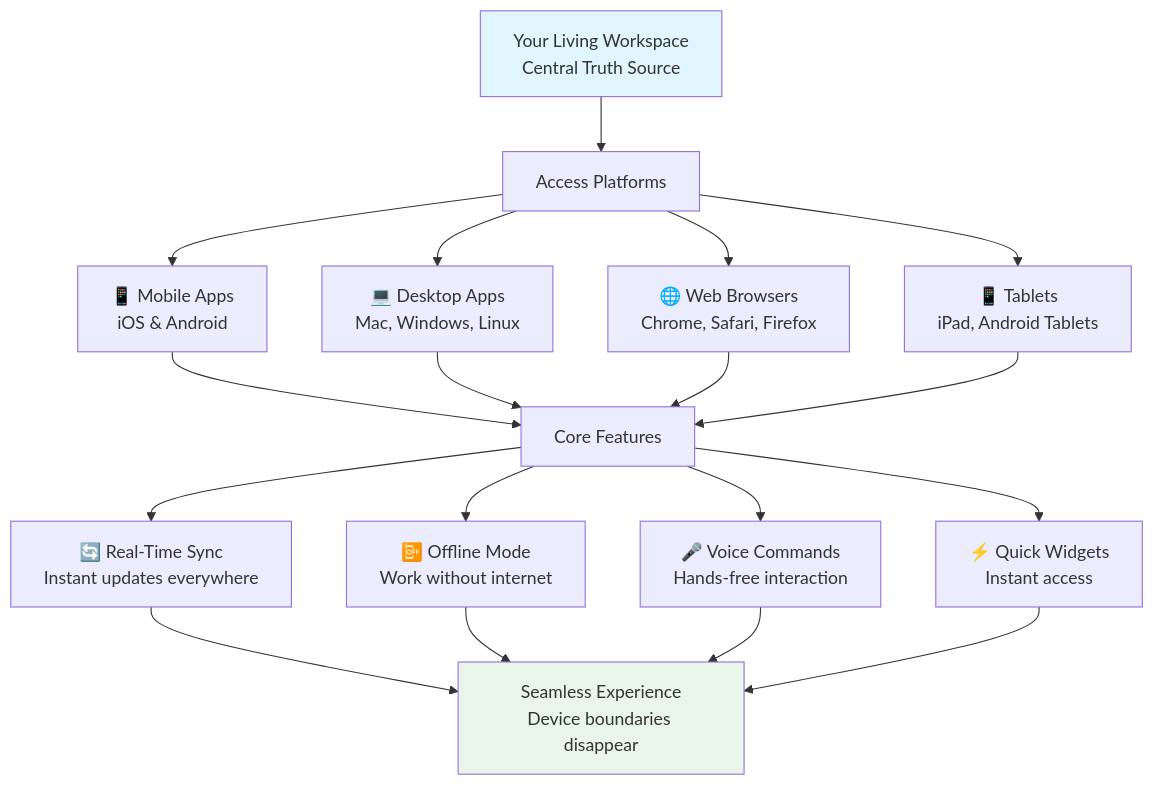
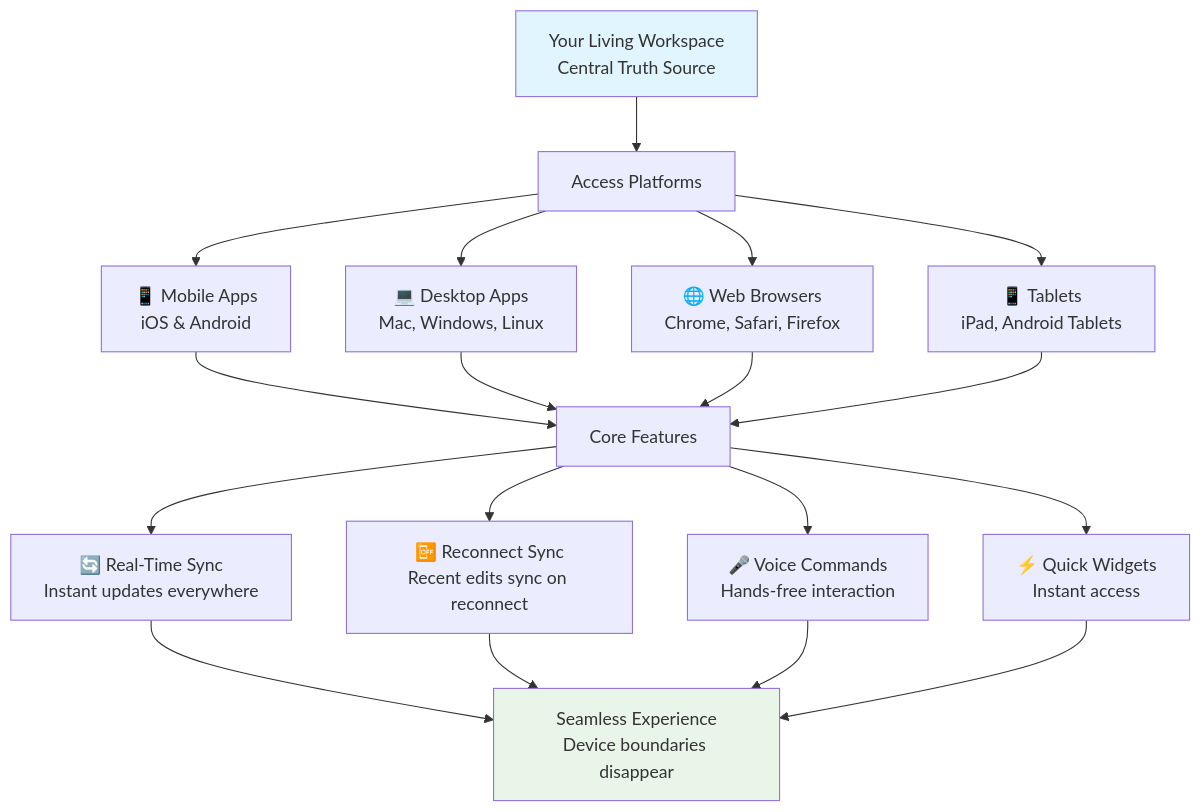
Before and after one commit to taskade/docs: the diagram in help-and-support/index/08_mobile_desktop.md, drawn with Mermaid. The commit also changed other lines of this file and 83 other files, not shown here.

````diff
--- a/help-and-support/index/08_mobile_desktop.md
+++ b/help-and-support/index/08_mobile_desktop.md
@@ -26,27 +26,27 @@
 ```mermaid
 flowchart TD
     WORKSPACE[Your Living Workspace<br/>Central Truth Source] --> PLATFORMS[Access Platforms]
 
     PLATFORMS --> MOBILE[📱 Mobile Apps<br/>iOS & Android]
     PLATFORMS --> DESKTOP[💻 Desktop Apps<br/>Mac, Windows, Linux]
     PLATFORMS --> WEB[🌐 Web Browsers<br/>Chrome, Safari, Firefox]
     PLATFORMS --> TABLET[📱 Tablets<br/>iPad, Android Tablets]
 
     MOBILE --> FEATURES[Core Features]
     DESKTOP --> FEATURES
     WEB --> FEATURES
     TABLET --> FEATURES
 
     FEATURES --> SYNC[🔄 Real-Time Sync<br/>Instant updates everywhere]
-    FEATURES --> OFFLINE[📴 Offline Mode<br/>Work without internet]
+    FEATURES --> OFFLINE[📴 Reconnect Sync<br/>Recent edits sync on reconnect]
     FEATURES --> VOICE[🎤 Voice Commands<br/>Hands-free interaction]
     FEATURES --> WIDGETS[⚡ Quick Widgets<br/>Instant access]
 
     SYNC --> RESULT[Seamless Experience<br/>Device boundaries disappear]
     OFFLINE --> RESULT
     VOICE --> RESULT
     WIDGETS --> RESULT
 
     style WORKSPACE fill:#e1f5fe
     style RESULT fill:#e8f5e8
 ```
````
